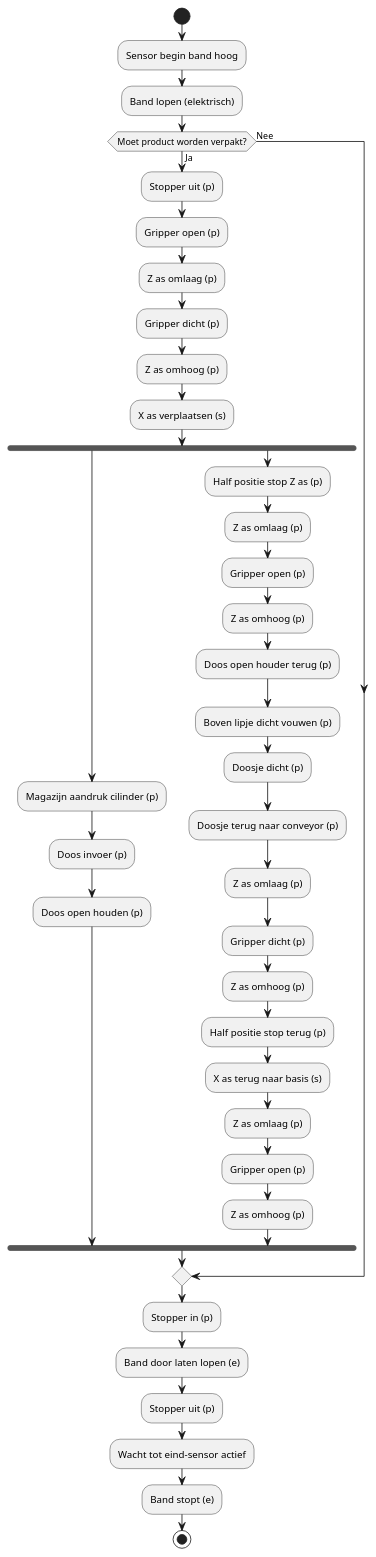
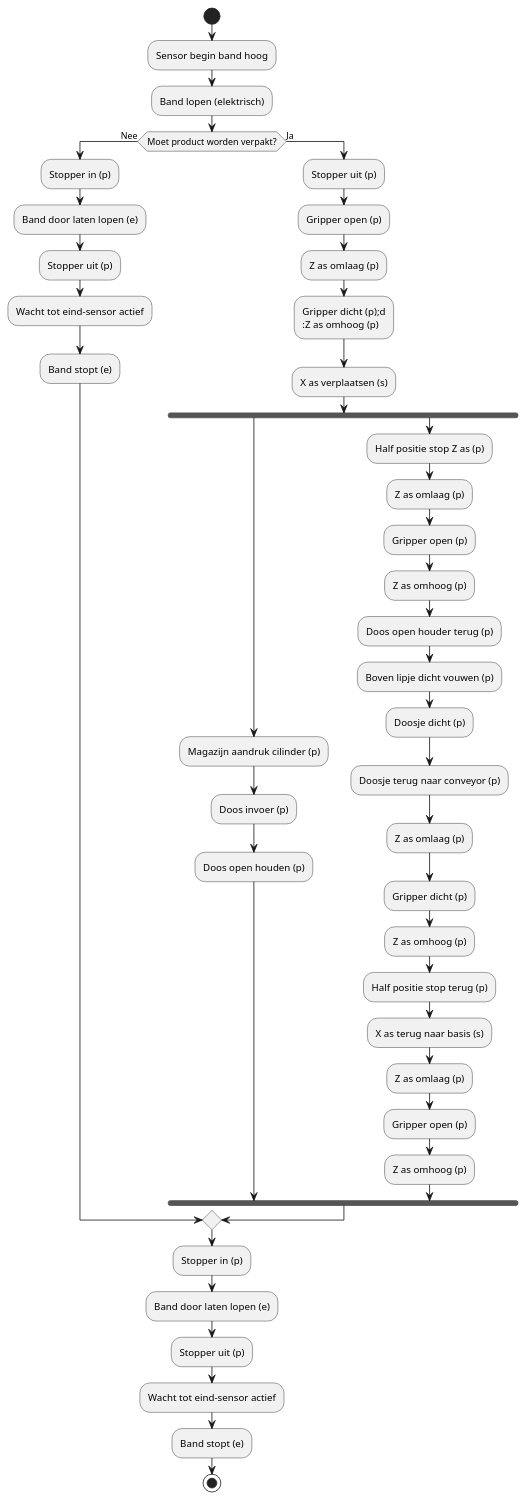
The diagram in Documentatie/src/chapter_2.md (JoostPeters14/Connectivity), drawn with PlantUML before and after one commit.

Commit message:
diagram toegevoegd

````diff
--- a/Documentatie/src/chapter_2.md
+++ b/Documentatie/src/chapter_2.md
@@ -2,49 +2,53 @@
 ```plantuml
 @startuml
 start
 
 :Sensor begin band hoog;
 :Band lopen (elektrisch);
 if (Moet product worden verpakt?) then (Nee)
-
+    :Stopper in (p);
+    :Band door laten lopen (e);
+    :Stopper uit (p);
+    :Wacht tot eind-sensor actief;
+    :Band stopt (e);
 else (Ja)
     :Stopper uit (p);
     :Gripper open (p);
     :Z as omlaag (p);
-    :Gripper dicht (p);
+    :Gripper dicht (p);d
     :Z as omhoog (p);
     :X as verplaatsen (s);
 
     fork
         :Magazijn aandruk cilinder (p);
         :Doos invoer (p);
         :Doos open houden (p);
     fork again
         :Half positie stop Z as (p);
         :Z as omlaag (p);
         :Gripper open (p);
         :Z as omhoog (p);
         :Doos open houder terug (p);
         :Boven lipje dicht vouwen (p);
         :Doosje dicht (p);
         :Doosje terug naar conveyor (p);
         :Z as omlaag (p);
         :Gripper dicht (p);
         :Z as omhoog (p);
         :Half positie stop terug (p);
         :X as terug naar basis (s);
         :Z as omlaag (p);
         :Gripper open (p);
         :Z as omhoog (p);
     endfork
 endif
 
 :Stopper in (p);
 :Band door laten lopen (e);
 :Stopper uit (p);
 :Wacht tot eind-sensor actief;
 :Band stopt (e);
 
 stop
 @enduml
 ```
````
